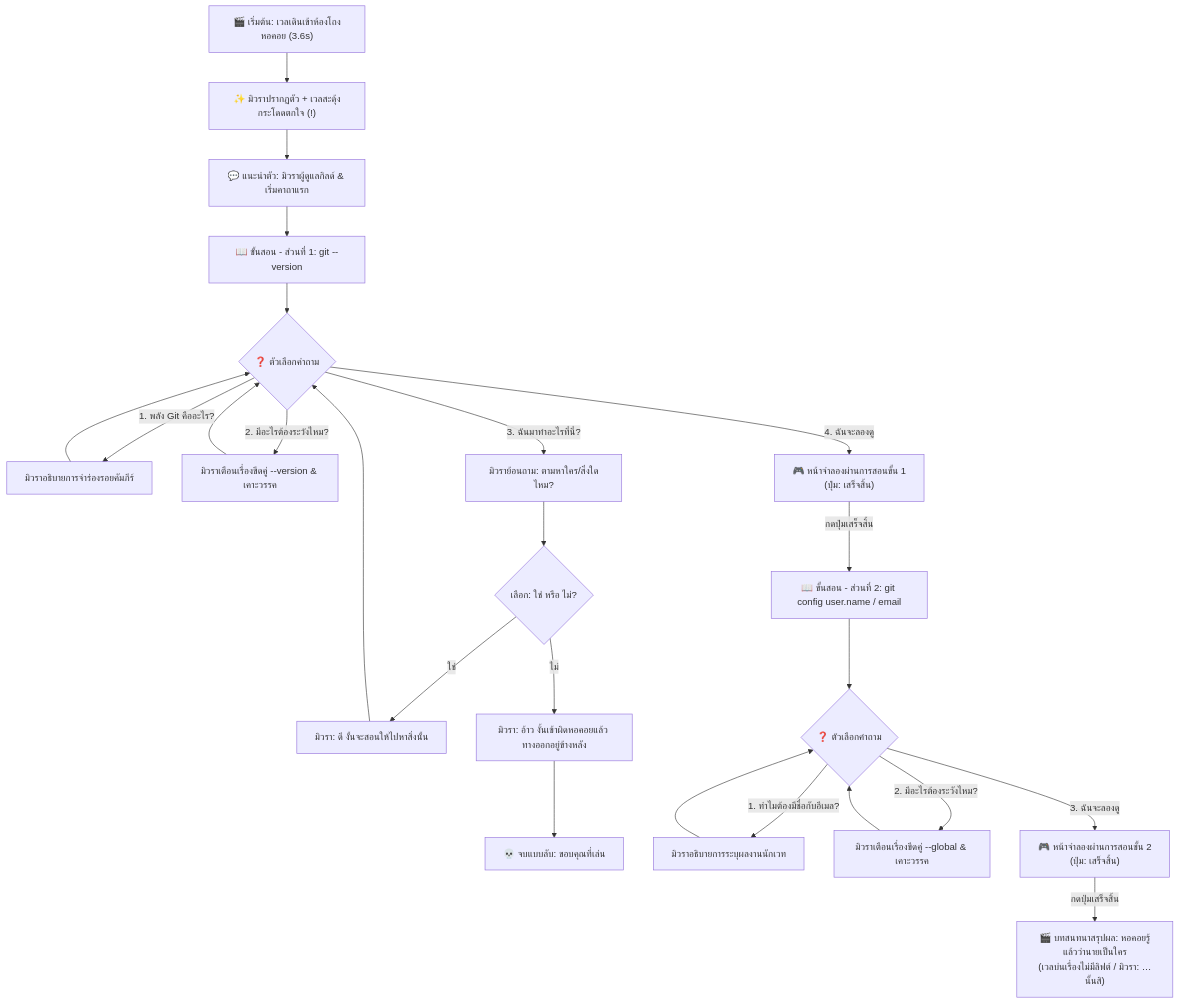
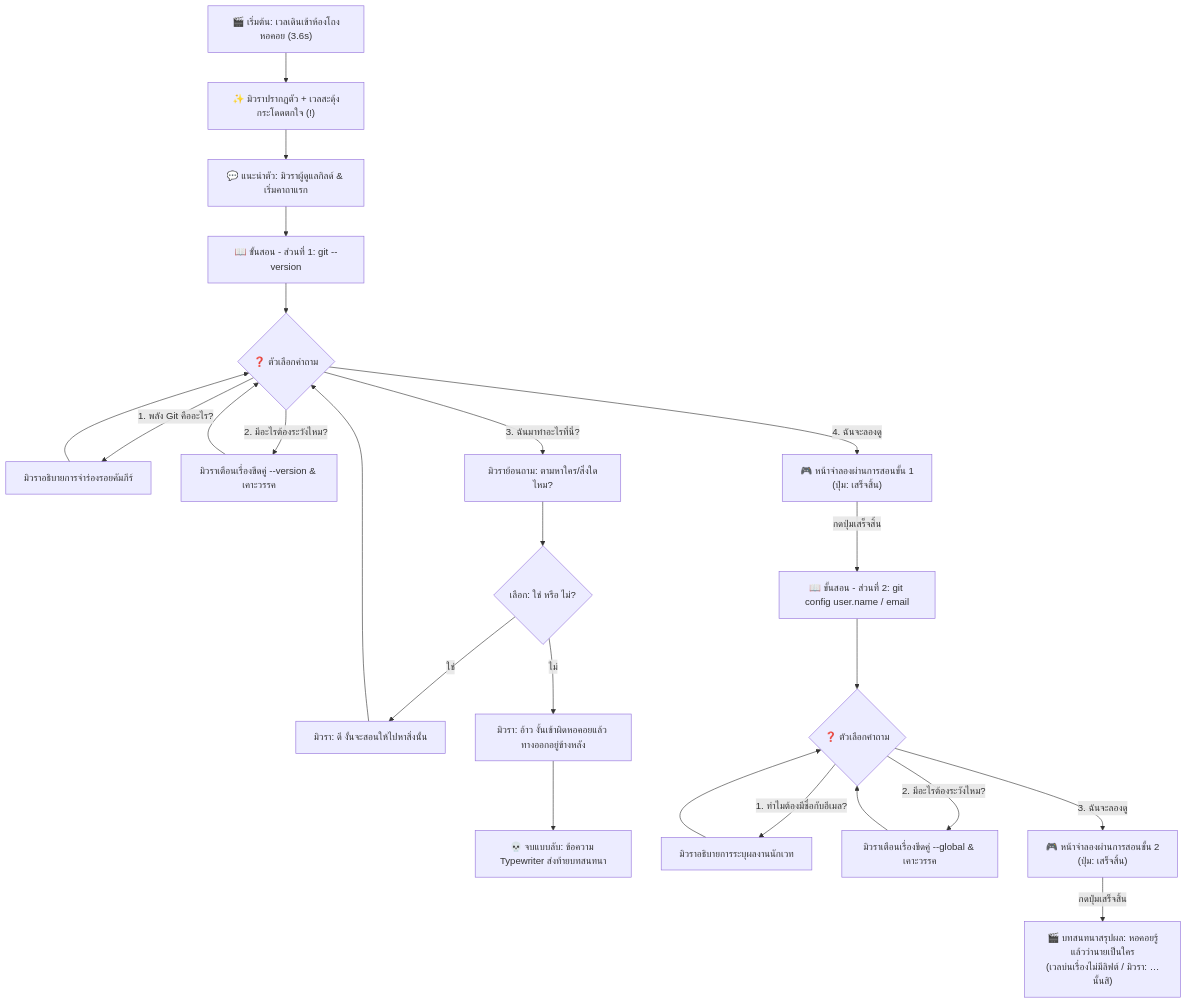
One commit to PetchAuisui/Demo-Game-Git-Diwaa changed the first of 2 diagrams in docs/inside-tower-cutscene.md. Above: the diagram before and after it, drawn with Mermaid. The commit also changed 3 other files, not shown here.

````diff
--- a/docs/inside-tower-cutscene.md
+++ b/docs/inside-tower-cutscene.md
@@ -9,25 +9,25 @@
 ```mermaid
 flowchart TD
     Start["🎬 เริ่มต้น: เวลเดินเข้าห้องโถงหอคอย (3.6s)"] --> MewlaWarp["✨ มิวราปรากฏตัว + เวลสะดุ้งกระโดดตกใจ (!)"]
     MewlaWarp --> IntroTalk["💬 แนะนำตัว: มิวราผู้ดูแลกิลด์ & เริ่มคาถาแรก"]
     
     IntroTalk --> Teach1["📖 ขั้นสอน - ส่วนที่ 1: git --version"]
     Teach1 --> Choice1{"❓ ตัวเลือกคำถาม"}
     
     Choice1 -->|"1. พลัง Git คืออะไร?"| Ans1_1["มิวราอธิบายการจำร่องรอยคัมภีร์"] --> Choice1
     Choice1 -->|"2. มีอะไรต้องระวังไหม?"| Ans1_2["มิวราเตือนเรื่องขีดคู่ --version & เคาะวรรค"] --> Choice1
     Choice1 -->|"3. ฉันมาทำอะไรที่นี่?"| Ans1_3["มิวราย้อนถาม: ตามหาใคร/สิ่งใดไหม?"]
     Ans1_3 --> SubChoice{"เลือก: ใช่ หรือ ไม่?"}
     SubChoice -->|"ใช่"| AnsSubYes["มิวรา: ดี งั้นจะสอนให้ไปหาสิ่งนั้น"] --> Choice1
-    SubChoice -->|"ไม่"| AnsSubNo["มิวรา: อ้าว งั้นเข้าผิดหอคอยแล้ว ทางออกอยู่ข้างหลัง"] --> BadEnd["💀 จบแบบลับ: ขอบคุณที่เล่น"]
+    SubChoice -->|"ไม่"| AnsSubNo["มิวรา: อ้าว งั้นเข้าผิดหอคอยแล้ว ทางออกอยู่ข้างหลัง"] --> BadEnd["💀 จบแบบลับ: ข้อความ Typewriter ส่งท้ายบทสนทนา"]
     
     Choice1 -->|"4. ฉันจะลองดู"| PlayStep1["🎮 หน้าจำลองผ่านการสอนขั้น 1\n(ปุ่ม: เสร็จสิ้น)"]
     PlayStep1 -->|"กดปุ่มเสร็จสิ้น"| Teach2["📖 ขั้นสอน - ส่วนที่ 2: git config user.name / email"]
     
     Teach2 --> Choice2{"❓ ตัวเลือกคำถาม"}
     
     Choice2 -->|"1. ทำไมต้องมีชื่อกับอีเมล?"| Ans2_1["มิวราอธิบายการระบุผลงานนักเวท"] --> Choice2
     Choice2 -->|"2. มีอะไรต้องระวังไหม?"| Ans2_2["มิวราเตือนเรื่องขีดคู่ --global & เคาะวรรค"] --> Choice2
     Choice2 -->|"3. ฉันจะลองดู"| PlayStep2["🎮 หน้าจำลองผ่านการสอนขั้น 2\n(ปุ่ม: เสร็จสิ้น)"]
     PlayStep2 -->|"กดปุ่มเสร็จสิ้น"| Outro["🎬 บทสนทนาสรุปผล: หอคอยรู้แล้วว่านายเป็นใคร\n(เวลบ่นเรื่องไม่มีลิฟต์ / มิวรา: …นั้นสิ)"]
 ```
````
